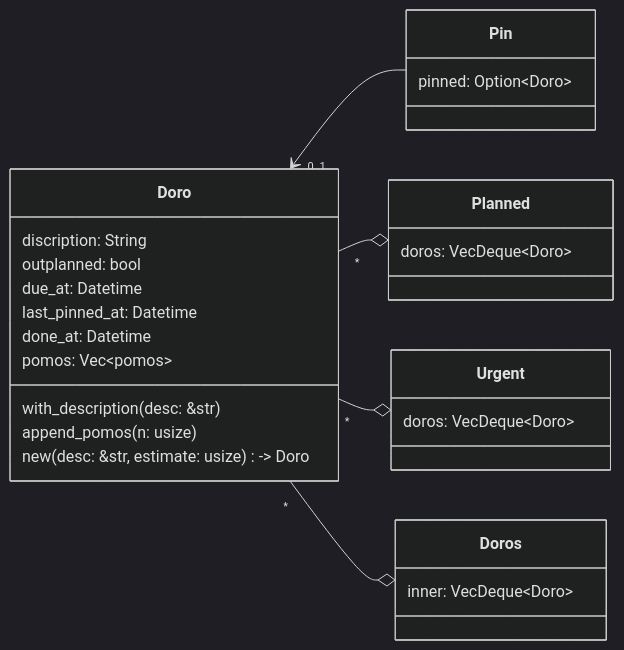
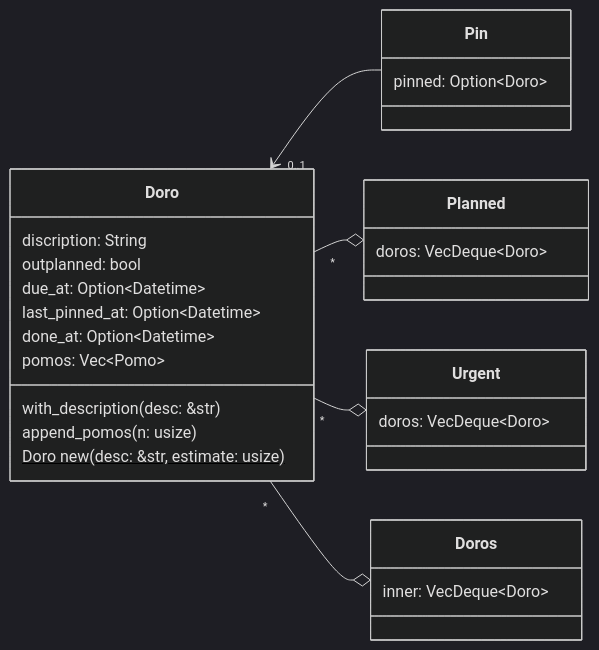
Before and after one commit to huangjj27/huangjj27.github.io: the first of 2 diagrams in src/pomo_doro/estimate-interuption.md, drawn with Mermaid (dark theme). The commit also changed other lines of this file and 1 other file, not shown here.

Commit message:
重新修改 Doro 的设计

````diff
--- a/src/pomo_doro/estimate-interuption.md
+++ b/src/pomo_doro/estimate-interuption.md
@@ -31,37 +31,37 @@
 ```mermaid
 classDiagram
     direction RL
 
     Pin --> "0..1" Doro
     Planned o-- "*" Doro
     Urgent o-- "*" Doro
     Doros o-- "*" Doro
 
     class Doro {
         discription: String
         outplanned: bool
-        due_at: Datetime
-        last_pinned_at: Datetime
-        done_at: Datetime
-        pomos: Vec~pomos~
+        due_at: Option~Datetime~
+        last_pinned_at: Option~Datetime~
+        done_at: Option~Datetime~
+        pomos: Vec~Pomo~
         with_description(desc: &str)
         append_pomos(n: usize)
-        new(desc: &str, estimate: usize) -> Doro
+        Doro new(desc: &str, estimate: usize) $
     }
 
     class Planned {
         doros: VecDeque~Doro~
     }
 
     class Urgent {
         doros: VecDeque~Doro~
     }
 
     class Doros {
         inner: VecDeque~Doro~
     }
 
     class Pin {
         pinned: Option~Doro~
     }
 ```
````
